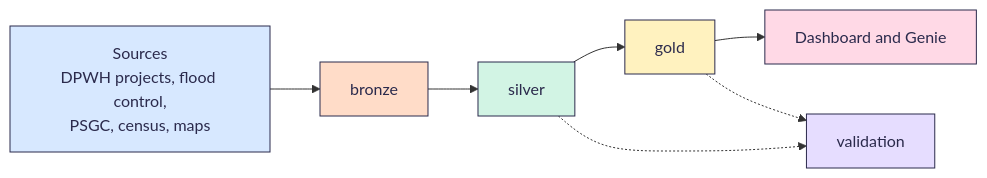
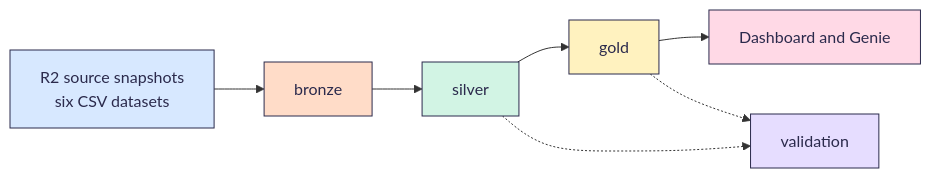
One commit to Buildabida/infra-project-monitoring changed the diagram in README.md. Above: the diagram before and after it, drawn with Mermaid. The commit also changed other lines of this file and 38 other files, not shown here.

First line of the commit message:
[BRONZE] Refactor six-source ingestion for Cloudflare R2 snapshots (#50)

````diff
--- a/README.md
+++ b/README.md
@@ -42,15 +48,15 @@
 ```mermaid
 flowchart LR
-    S["Sources<br>DPWH projects, flood control,<br>PSGC, census, maps"]:::src --> B["bronze"]:::bronze
+    S["R2 source snapshots<br>six CSV datasets"]:::src --> B["bronze"]:::bronze
     B --> SV["silver"]:::silver
     SV --> G["gold"]:::gold
     G --> D["Dashboard and Genie"]:::dash
     SV -.-> V["validation"]:::val
     G -.-> V
     classDef src fill:#D7E8FF,stroke:#2B2A4C,color:#2B2A4C
     classDef bronze fill:#FFDCC8,stroke:#2B2A4C,color:#2B2A4C
     classDef silver fill:#D2F4E4,stroke:#2B2A4C,color:#2B2A4C
     classDef gold fill:#FFF2BF,stroke:#2B2A4C,color:#2B2A4C
     classDef val fill:#E6DDFF,stroke:#2B2A4C,color:#2B2A4C
     classDef dash fill:#FFD9E6,stroke:#2B2A4C,color:#2B2A4C
 ```
````
